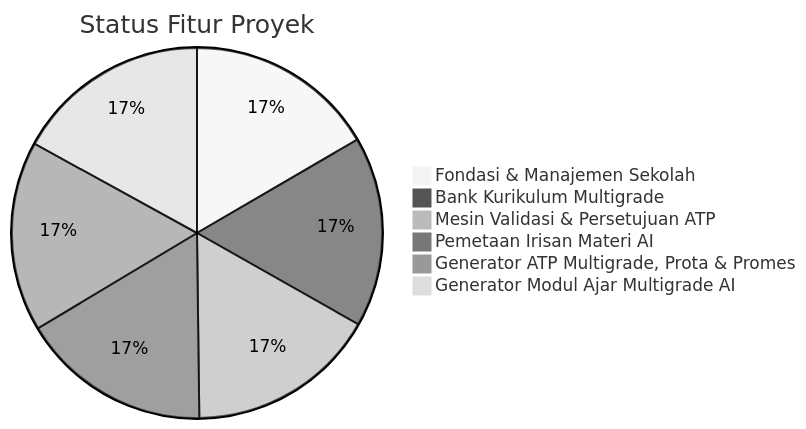
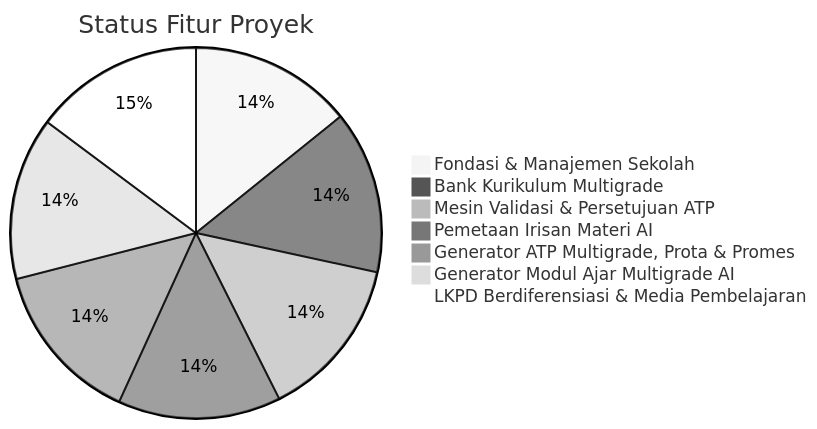
The diagram in IMPLEMENTATION_STATUS.md (akhshodikin/Multigrade-Cerdas), drawn with Mermaid (neutral theme) before and after one commit. The commit also changed other lines of this file and 16 other files, not shown here.

Commit message:
feat(curriculum): implement LKPD worksheets, differentiated multigrade generator, and learning media library

````diff
--- a/IMPLEMENTATION_STATUS.md
+++ b/IMPLEMENTATION_STATUS.md
@@ -10,9 +10,10 @@
 ```mermaid
 pie title Status Fitur Proyek
-    "Fondasi & Manajemen Sekolah" : 16.6
-    "Bank Kurikulum Multigrade" : 16.6
-    "Mesin Validasi & Persetujuan ATP" : 16.6
-    "Pemetaan Irisan Materi AI" : 16.6
-    "Generator ATP Multigrade, Prota & Promes" : 16.6
-    "Generator Modul Ajar Multigrade AI" : 17.0
+    "Fondasi & Manajemen Sekolah" : 14.2
+    "Bank Kurikulum Multigrade" : 14.2
+    "Mesin Validasi & Persetujuan ATP" : 14.2
+    "Pemetaan Irisan Materi AI" : 14.2
+    "Generator ATP Multigrade, Prota & Promes" : 14.2
+    "Generator Modul Ajar Multigrade AI" : 14.2
+    "LKPD Berdiferensiasi & Media Pembelajaran" : 14.8
 ```
````
